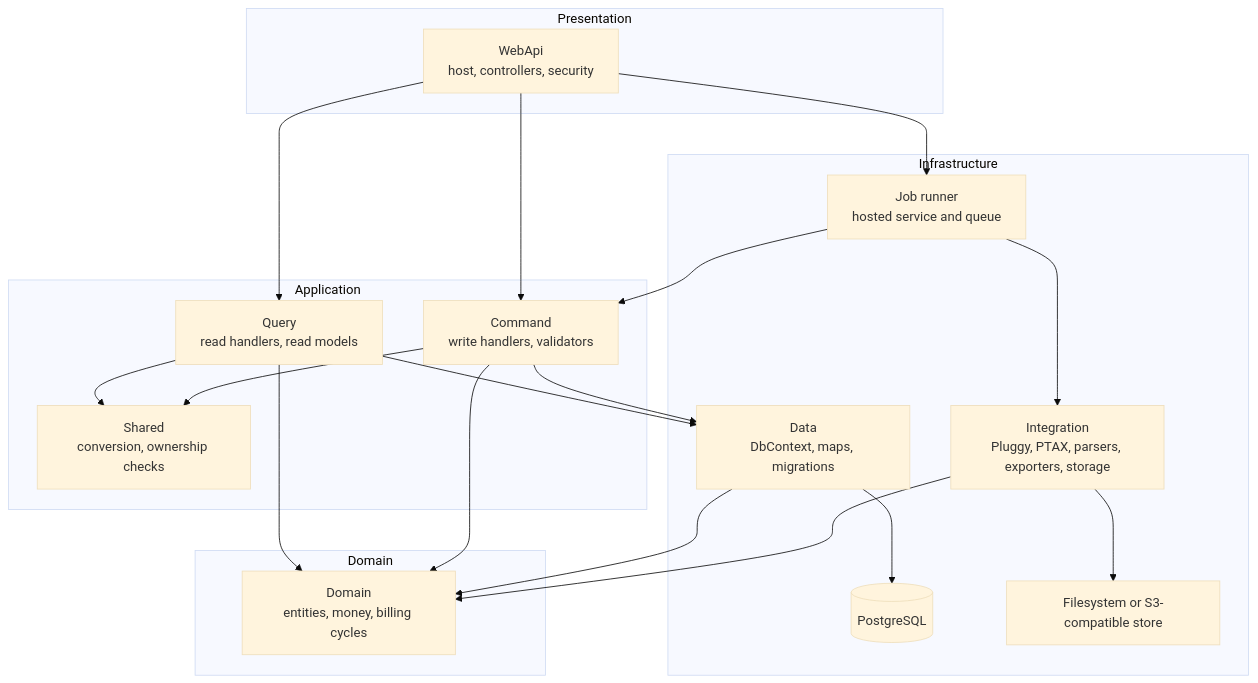
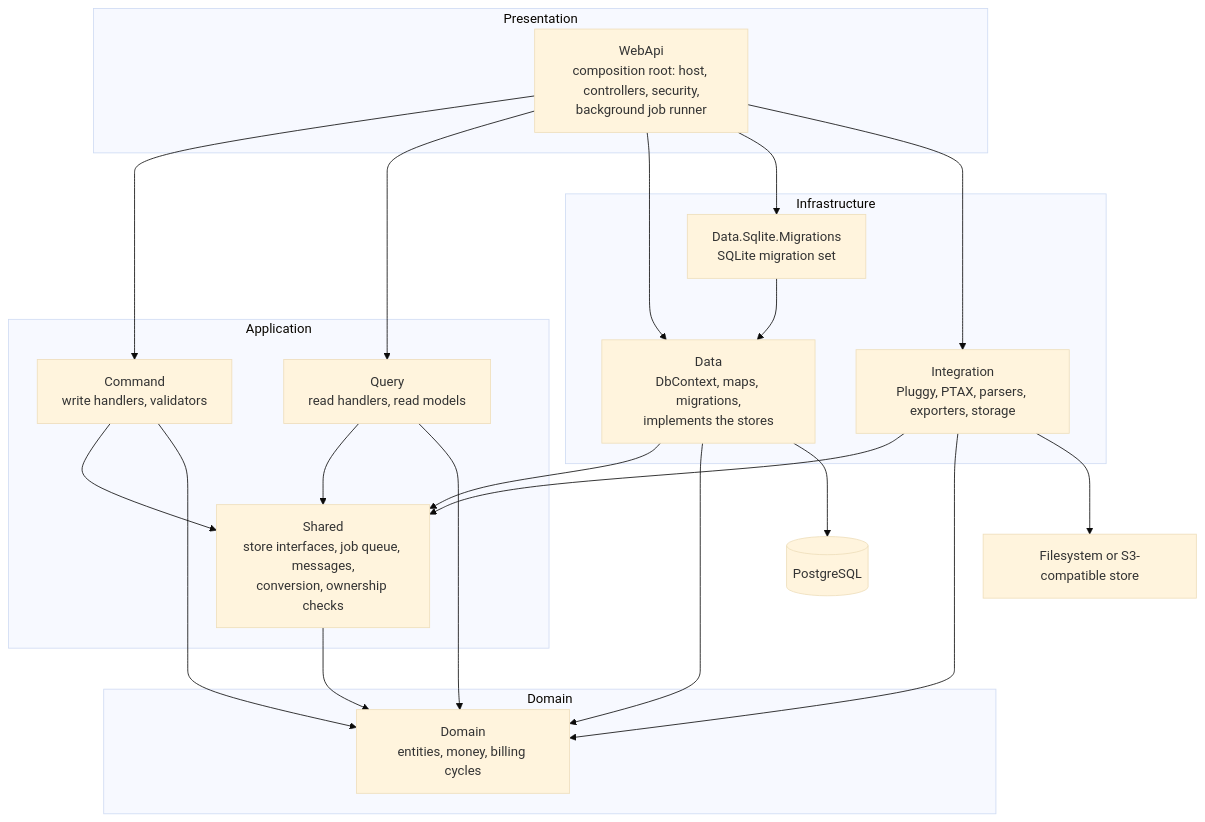
The second of 8 diagrams in content/en/docs/architecture/_index.md (artur-rios/fortuna-docs), drawn with Mermaid (base theme) before and after one commit. The commit also changed other lines of this file, not shown here.

First line of the commit message:
fix: correct the fortuna architecture page

````diff
--- a/content/en/docs/architecture/_index.md
+++ b/content/en/docs/architecture/_index.md
@@ -109,37 +109,39 @@
 ```mermaid
 flowchart TD
     subgraph Presentation
-        webapi["WebApi<br/>host, controllers, security"]
+        webapi["WebApi<br/>composition root: host, controllers, security,<br/>background job runner"]
     end
     subgraph Application
         command["Command<br/>write handlers, validators"]
         query["Query<br/>read handlers, read models"]
-        shared["Shared<br/>conversion, ownership checks"]
+        shared["Shared<br/>store interfaces, job queue, messages,<br/>conversion, ownership checks"]
     end
     subgraph Domain
         domain["Domain<br/>entities, money, billing cycles"]
     end
     subgraph Infrastructure
-        data["Data<br/>DbContext, maps, migrations"]
+        data["Data<br/>DbContext, maps, migrations,<br/>implements the stores"]
+        sqlite["Data.Sqlite.Migrations<br/>SQLite migration set"]
         integration["Integration<br/>Pluggy, PTAX, parsers, exporters, storage"]
-        jobs["Job runner<br/>hosted service and queue"]
-        db[("PostgreSQL")]
-        store["Filesystem or S3-compatible store"]
     end
+    db[("PostgreSQL")]
+    store["Filesystem or S3-compatible store"]
 
     webapi --> command
     webapi --> query
-    webapi --> jobs
+    webapi --> data
+    webapi --> sqlite
+    webapi --> integration
+    command --> shared
     command --> domain
+    query --> shared
     query --> domain
-    command --> shared
-    query --> shared
-    command --> data
-    query --> data
-    jobs --> command
-    jobs --> integration
+    data --> shared
+    data --> domain
+    integration --> shared
     integration --> domain
+    sqlite --> data
+    shared --> domain
+    data --> db
     integration --> store
-    data --> domain
-    data --> db
 ```
````
